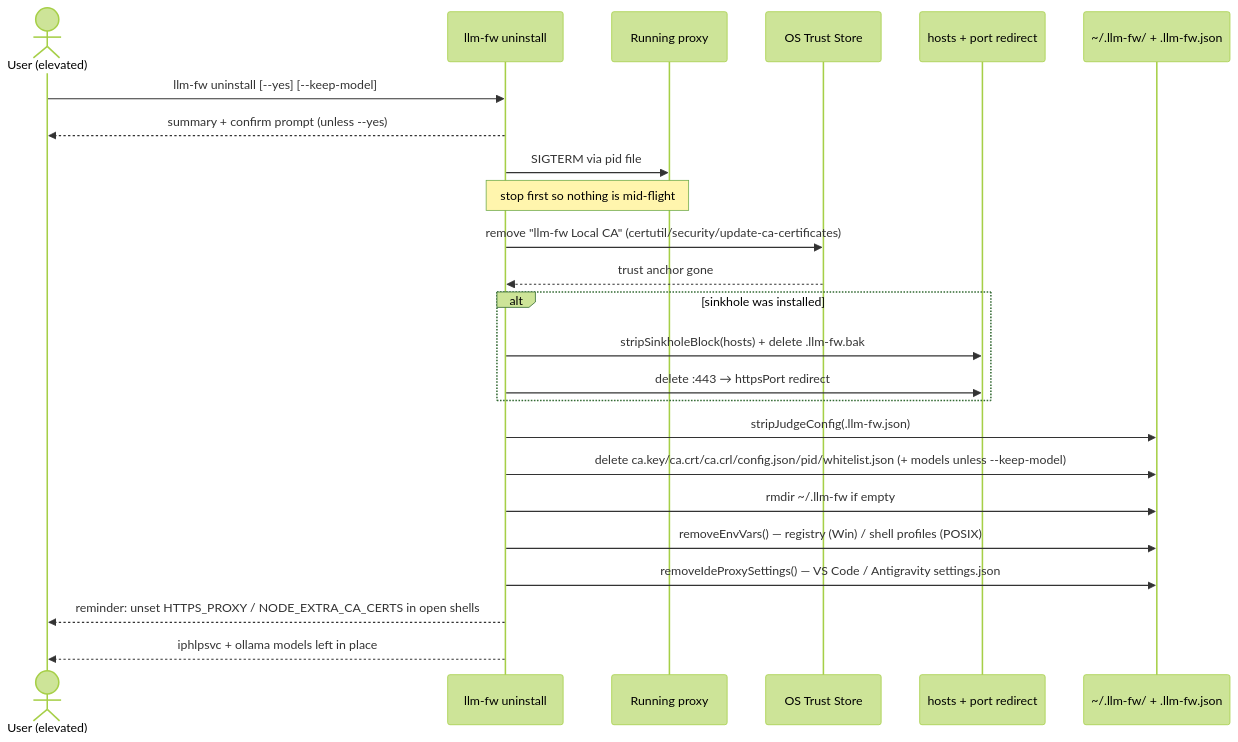
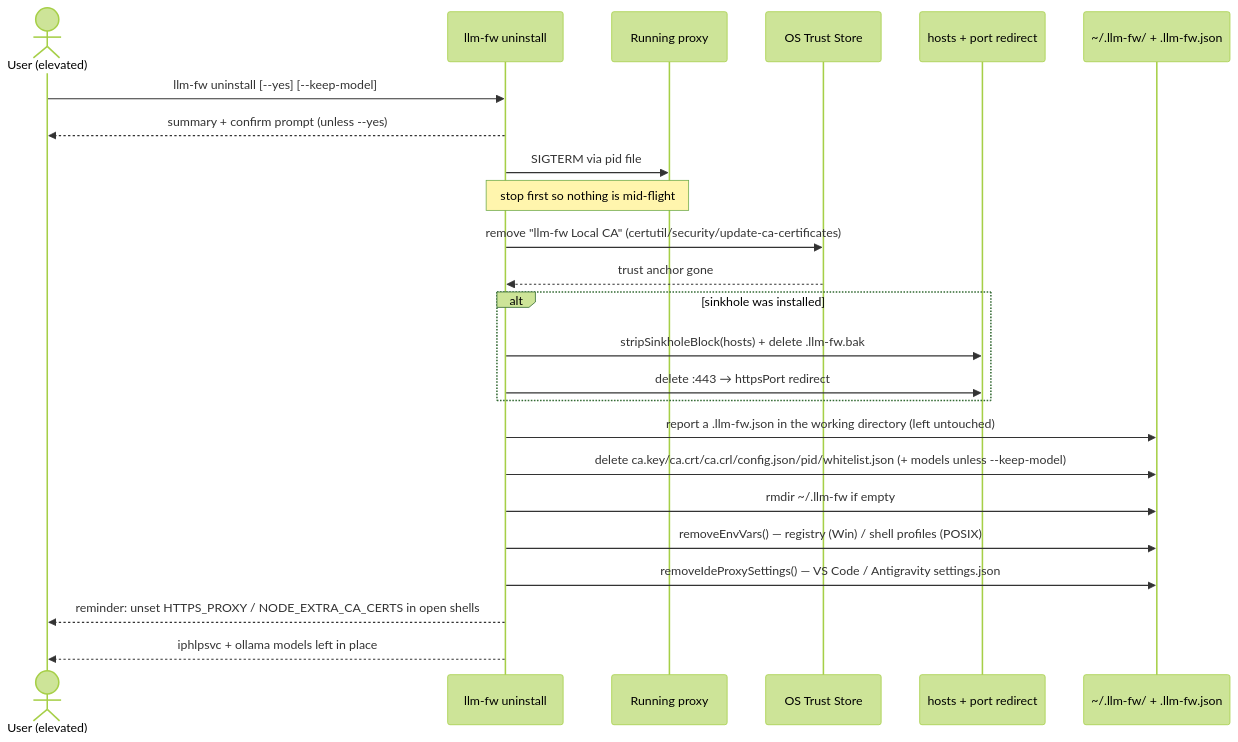
Diagram 11 of 11 in docs/ARCHITECTURE.md (PIsberg/llm-fw), drawn with Mermaid (forest theme) before and after one commit. The commit also changed other lines of this file and 4 other files, not shown here.

First line of the commit message:
fix(cli): uninstall reports a .llm-fw.json in the working directory instead of editing it

````diff
--- a/docs/ARCHITECTURE.md
+++ b/docs/ARCHITECTURE.md
@@ -580,33 +580,33 @@
 ```mermaid
 sequenceDiagram
     actor U as User (elevated)
     participant CLI as llm-fw uninstall
     participant Proc as Running proxy
     participant OS as OS Trust Store
     participant Net as hosts + port redirect
     participant FS as ~/.llm-fw/ + .llm-fw.json
 
     U->>CLI: llm-fw uninstall [--yes] [--keep-model]
     CLI-->>U: summary + confirm prompt (unless --yes)
 
     CLI->>Proc: SIGTERM via pid file
     Note over CLI,Proc: stop first so nothing is mid-flight
 
     CLI->>OS: remove "llm-fw Local CA" (certutil/security/update-ca-certificates)
     OS-->>CLI: trust anchor gone
 
     alt sinkhole was installed
         CLI->>Net: stripSinkholeBlock(hosts) + delete .llm-fw.bak
         CLI->>Net: delete :443 → httpsPort redirect
     end
 
-    CLI->>FS: stripJudgeConfig(.llm-fw.json)
+    CLI->>FS: report a .llm-fw.json in the working directory (left untouched)
     CLI->>FS: delete ca.key/ca.crt/ca.crl/config.json/pid/whitelist.json (+ models unless --keep-model)
     CLI->>FS: rmdir ~/.llm-fw if empty
 
     CLI->>FS: removeEnvVars() — registry (Win) / shell profiles (POSIX)
     CLI->>FS: removeIdeProxySettings() — VS Code / Antigravity settings.json
 
     CLI-->>U: reminder: unset HTTPS_PROXY / NODE_EXTRA_CA_CERTS in open shells;
     CLI-->>U: iphlpsvc + ollama models left in place
 ```
````
